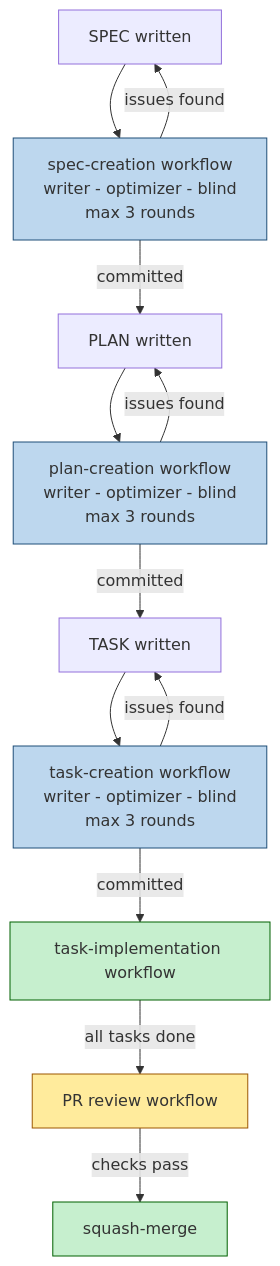
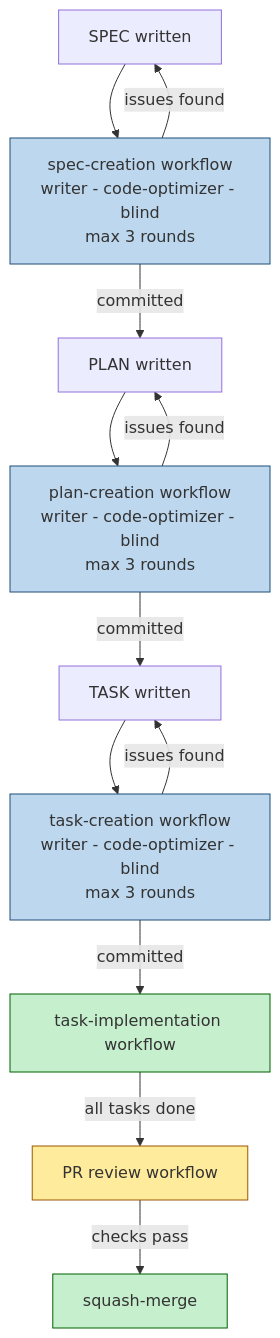
One commit to bperin/project-context changed the first of 4 diagrams in src/workflows/overview.md. Above: the diagram before and after it, drawn with Mermaid. The commit also changed other lines of this file and 12 other files, not shown here.

First line of the commit message:
Rename optimizer to code-optimizer, add Go performance skill loading

````diff
--- a/src/workflows/overview.md
+++ b/src/workflows/overview.md
@@ -7,22 +7,22 @@
 ```mermaid
 flowchart TD
-    SPEC["SPEC written"] --> SPECW["spec-creation workflow<br/>writer - optimizer - blind<br/>max 3 rounds"]
+    SPEC["SPEC written"] --> SPECW["spec-creation workflow<br/>writer - code-optimizer - blind<br/>max 3 rounds"]
     SPECW -->|committed| PLAN["PLAN written"]
-    PLAN --> PLANW["plan-creation workflow<br/>writer - optimizer - blind<br/>max 3 rounds"]
+    PLAN --> PLANW["plan-creation workflow<br/>writer - code-optimizer - blind<br/>max 3 rounds"]
     PLANW -->|committed| TASK["TASK written"]
-    TASK --> TASKW["task-creation workflow<br/>writer - optimizer - blind<br/>max 3 rounds"]
+    TASK --> TASKW["task-creation workflow<br/>writer - code-optimizer - blind<br/>max 3 rounds"]
     TASKW -->|committed| IMPL["task-implementation workflow"]
     IMPL -->|all tasks done| PR["PR review workflow"]
     PR -->|checks pass| MERGE["squash-merge"]
 
     SPECW -->|issues found| SPEC
     PLANW -->|issues found| PLAN
     TASKW -->|issues found| TASK
 
     style SPECW fill:#BDD7EE,stroke:#1F4E79
     style PLANW fill:#BDD7EE,stroke:#1F4E79
     style TASKW fill:#BDD7EE,stroke:#1F4E79
     style IMPL fill:#C6EFCE,stroke:#006100
     style PR fill:#FFEB9C,stroke:#9C5700
     style MERGE fill:#C6EFCE,stroke:#006100
 ```
````
